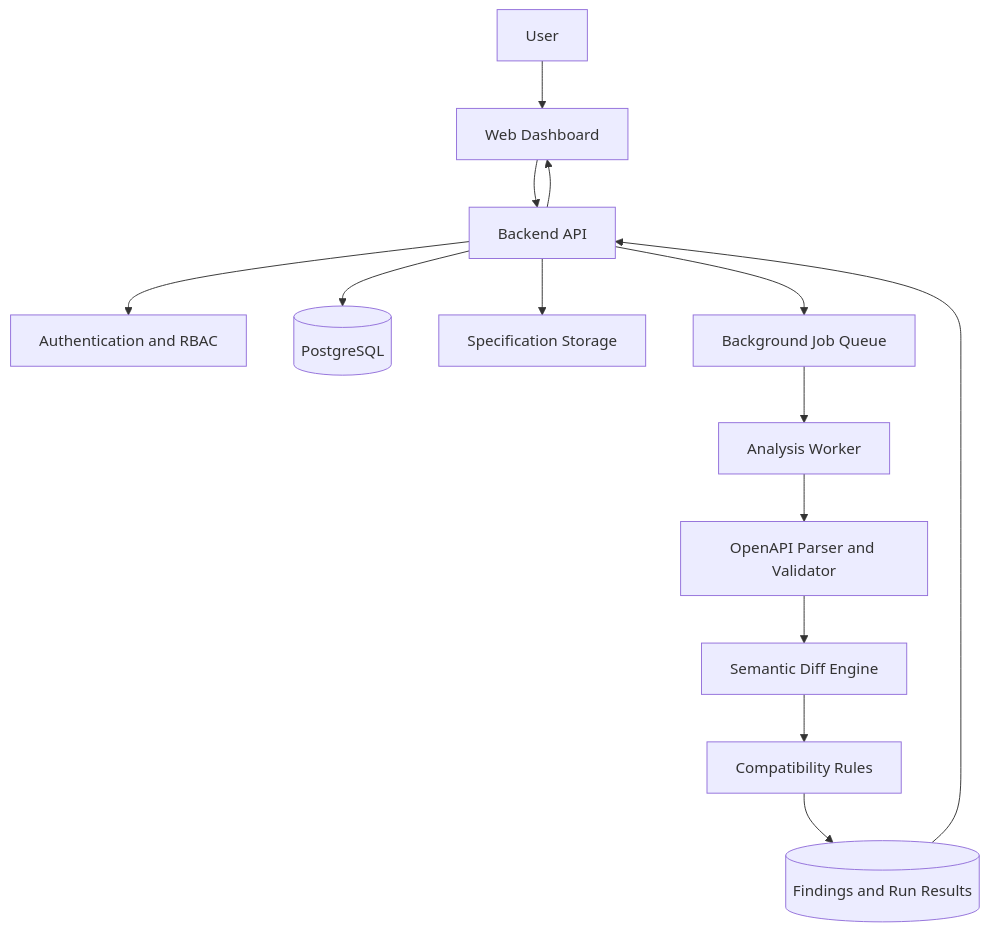
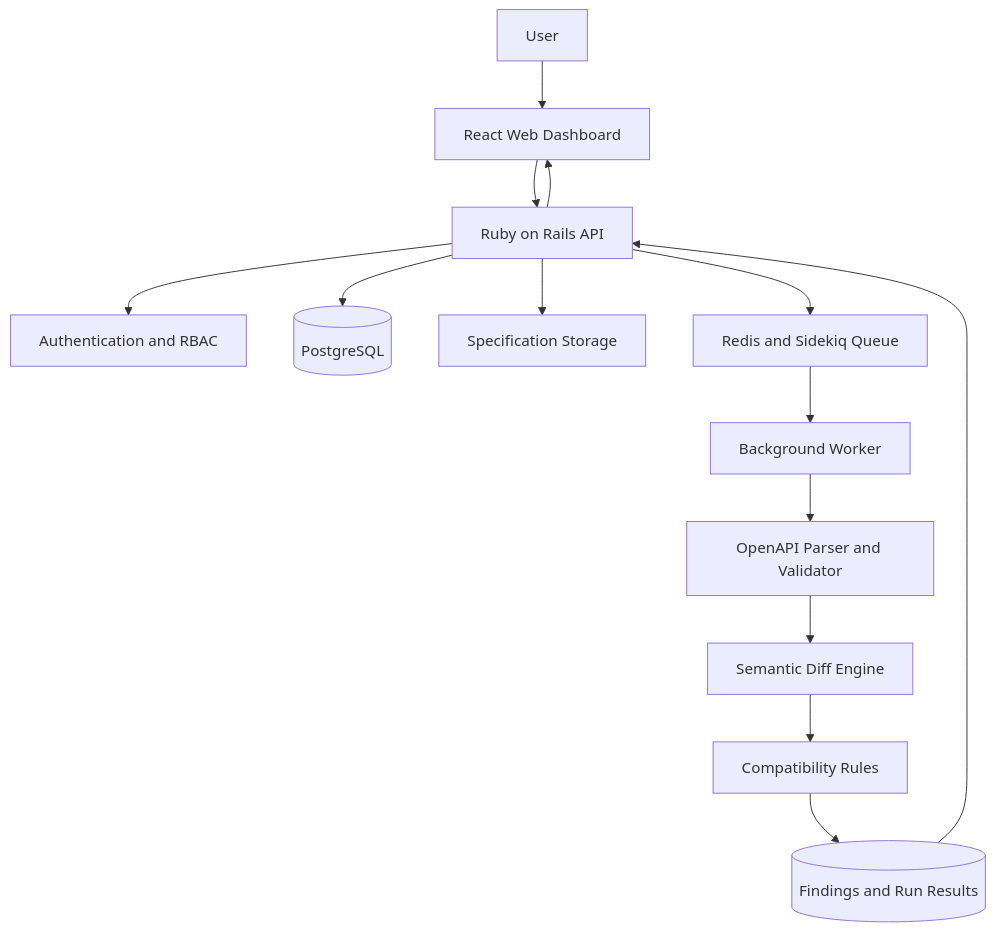
One commit to oliviavision/ContractIQ-API-Intelligence-Platform changed the first of 6 diagrams in SRS.md. Above: the diagram before and after it, drawn with Mermaid. The commit also changed other lines of this file, not shown here.

Commit message:
docs: update ContractIQ stack to React and Ruby on Rails

````diff
--- a/SRS.md
+++ b/SRS.md
@@ -66,16 +72,16 @@
 ```mermaid
 flowchart TD
-    U[User] --> UI[Web Dashboard]
-    UI --> API[Backend API]
+    U[User] --> UI[React Web Dashboard]
+    UI --> API[Ruby on Rails API]
     API --> AUTH[Authentication and RBAC]
     API --> DB[(PostgreSQL)]
     API --> STORE[Specification Storage]
-    API --> Q[Background Job Queue]
-    Q --> WORKER[Analysis Worker]
+    API --> Q[Redis and Sidekiq Queue]
+    Q --> WORKER[Background Worker]
     WORKER --> PARSER[OpenAPI Parser and Validator]
     PARSER --> DIFF[Semantic Diff Engine]
     DIFF --> RULES[Compatibility Rules]
     RULES --> RESULTS[(Findings and Run Results)]
     RESULTS --> API
     API --> UI
 ```
````
